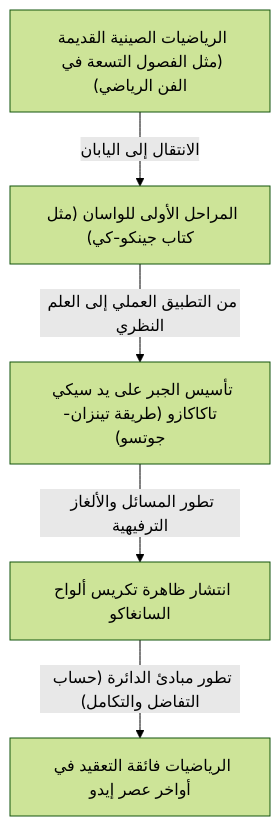
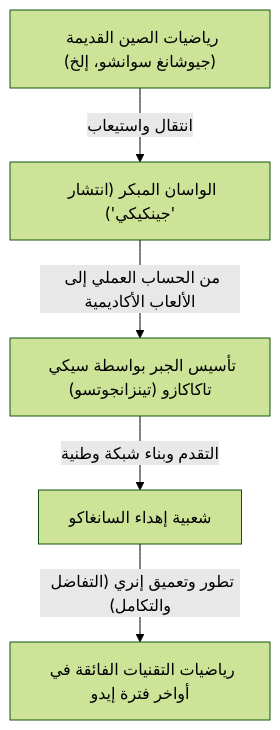
One commit to kenjinote/blog changed the first of 2 diagrams in content/post/history-of-wasan-japanese-mathematics/index.ar.md. Above: the diagram before and after it, drawn with Mermaid (forest theme). The commit also changed other lines of this file and 129 other files, not shown here.

````diff
--- a/content/post/history-of-wasan-japanese-mathematics/index.ar.md
+++ b/content/post/history-of-wasan-japanese-mathematics/index.ar.md
@@ -17,7 +25,7 @@
 ```mermaid
 graph TD
-    A["الرياضيات الصينية القديمة (مثل الفصول التسعة في الفن الرياضي)"] -- "الانتقال إلى اليابان" --> B["المراحل الأولى للواسان (مثل كتاب جينكو-كي)"]
-    B -- "من التطبيق العملي إلى العلم النظري" --> C["تأسيس الجبر على يد سيكي تاكاكازو (طريقة تينزان-جوتسو)"]
-    C -- "تطور المسائل والألغاز الترفيهية" --> D["انتشار ظاهرة تكريس ألواح السانغاكو"]
-    D -- "تطور مبادئ الدائرة (حساب التفاضل والتكامل)" --> E["الرياضيات فائقة التعقيد في أواخر عصر إيدو"]
+    A["رياضيات الصين القديمة (جيوشانغ سوانشو، إلخ)"] -- "انتقال واستيعاب" --> B["الواسان المبكر (انتشار 'جينكيكي')"]
+    B -- "من الحساب العملي إلى الألعاب الأكاديمية" --> C["تأسيس الجبر بواسطة سيكي تاكاكازو (تينزانجوتسو)"]
+    C -- "التقدم وبناء شبكة وطنية" --> D["شعبية إهداء السانغاكو"]
+    D -- "تطور وتعميق إنري (التفاضل والتكامل)" --> E["رياضيات التقنيات الفائقة في أواخر فترة إيدو"]
 ```
````
